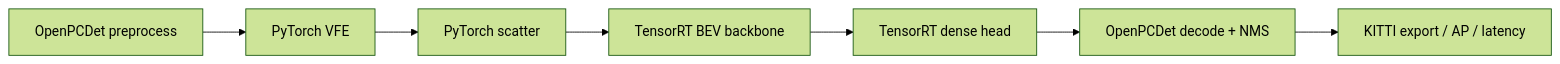
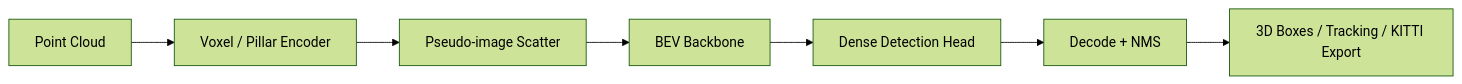
The second of 2 diagrams in docs/ARCHITECTURE.md (Rexlion777/LiDAR-Camera-PerceptionBench), drawn with Mermaid (forest theme) before and after one commit. The commit also changed other lines of this file and 43 other files, not shown here.

````diff
--- a/docs/ARCHITECTURE.md
+++ b/docs/ARCHITECTURE.md
@@ -41,9 +66,9 @@
 ```mermaid
 flowchart LR
-    A["OpenPCDet preprocess"] --> B["PyTorch VFE"]
-    B --> C["PyTorch scatter"]
-    C --> D["TensorRT BEV backbone"]
-    D --> E["TensorRT dense head"]
-    E --> F["OpenPCDet decode + NMS"]
-    F --> G["KITTI export / AP / latency"]
+    P["Point Cloud"] --> V["Voxel / Pillar Encoder"]
+    V --> S["Pseudo-image Scatter"]
+    S --> B["BEV Backbone"]
+    B --> H["Dense Detection Head"]
+    H --> D["Decode + NMS"]
+    D --> O["3D Boxes / Tracking / KITTI Export"]
 ```
````
